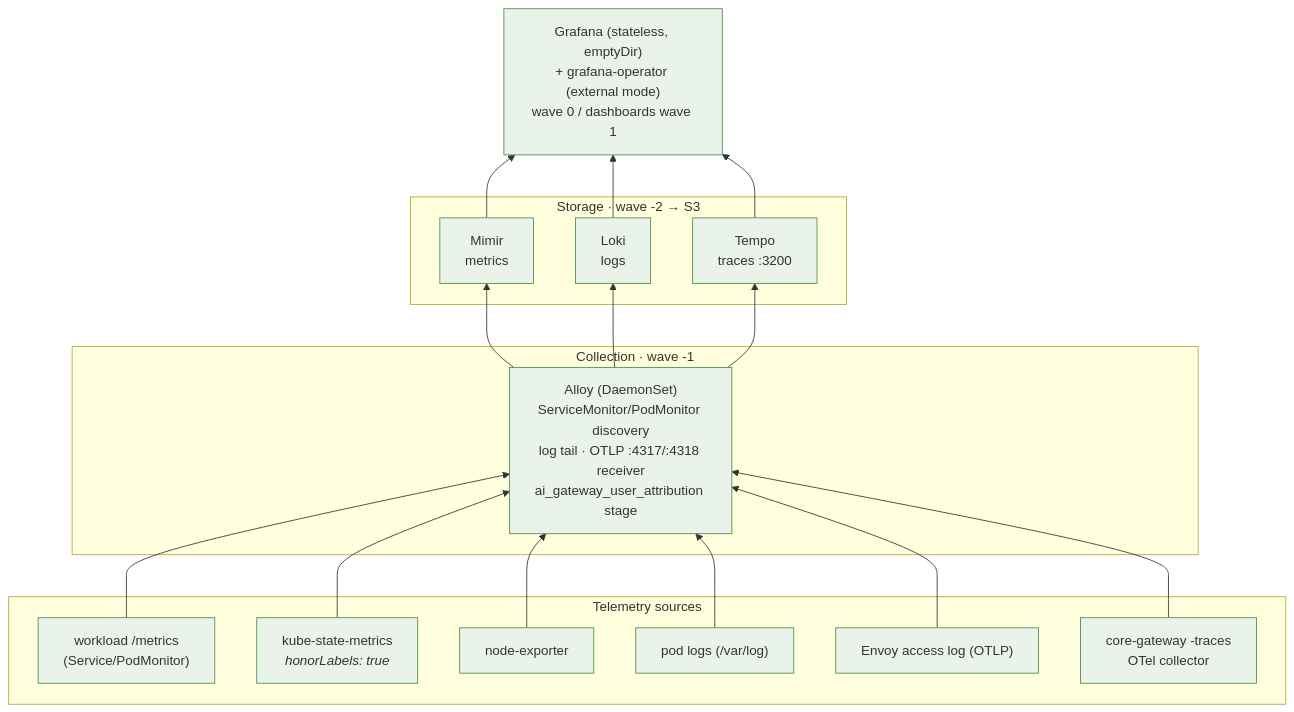
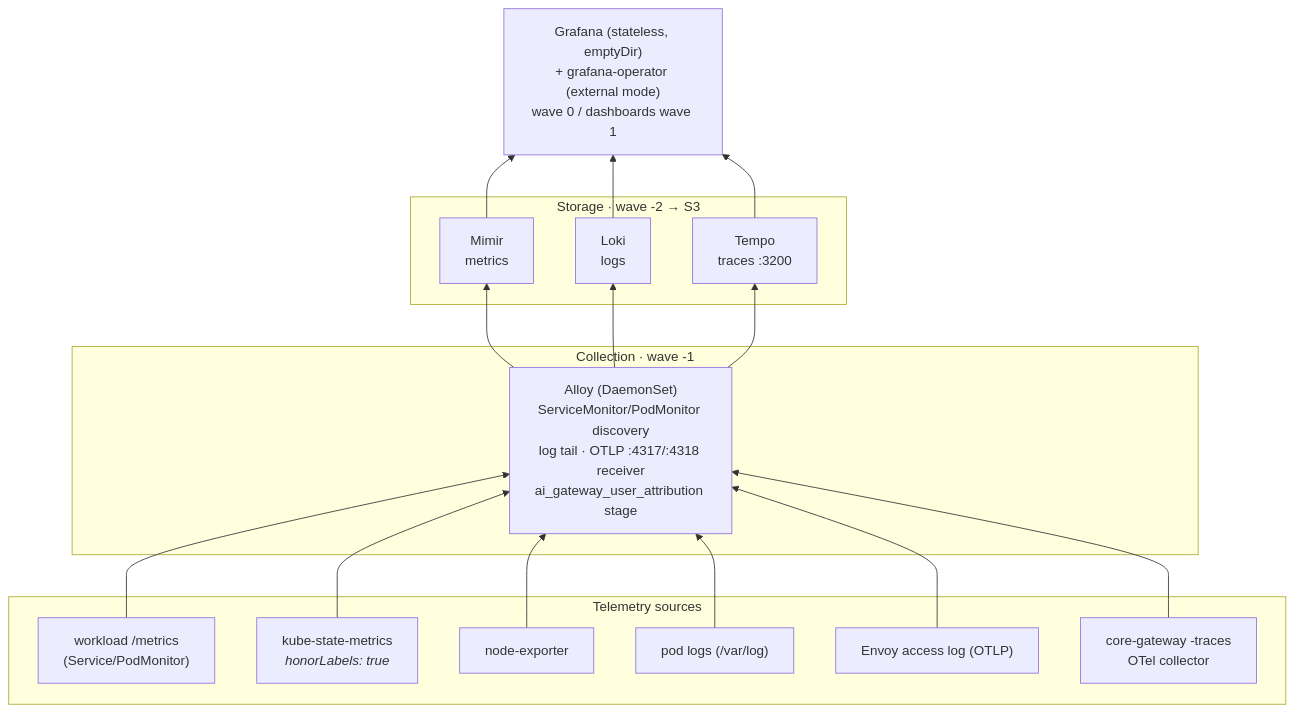
One commit to ADORSYS-GIS/ai-helm changed the first of 4 diagrams in docs/architecture/08-observability.md. Above: the diagram before and after it, drawn with Mermaid. The commit also changed other lines of this file and 13 other files, not shown here.

First line of the commit message:
docs(architecture): uncolor all mermaid; refresh CD/components; add diagrams

````diff
--- a/docs/architecture/08-observability.md
+++ b/docs/architecture/08-observability.md
@@ -15,38 +15,37 @@
 ```mermaid
 flowchart BT
     subgraph sources["Telemetry sources"]
-        WL["workload /metrics<br/>(Service/PodMonitor)"]:::own
-        KSM["kube-state-metrics<br/><i>honorLabels: true</i>"]:::own
-        NE["node-exporter"]:::own
-        LOGS["pod logs (/var/log)"]:::own
-        GWLOG["Envoy access log (OTLP)"]:::own
-        TRACE["core-gateway -traces<br/>OTel collector"]:::own
+        WL["workload /metrics<br/>(Service/PodMonitor)"]
+        KSM["kube-state-metrics<br/><i>honorLabels: true</i>"]
+        NE["node-exporter"]
+        LOGS["pod logs (/var/log)"]
+        GWLOG["Envoy access log (OTLP)"]
+        TRACE["core-gateway -traces<br/>OTel collector"]
     end
 
     subgraph collect["Collection · wave -1"]
-        ALLOY["Alloy (DaemonSet)<br/>ServiceMonitor/PodMonitor discovery<br/>log tail · OTLP :4317/:4318 receiver<br/>ai_gateway_user_attribution stage"]:::own
+        ALLOY["Alloy (DaemonSet)<br/>ServiceMonitor/PodMonitor discovery<br/>log tail · OTLP :4317/:4318 receiver<br/>ai_gateway_user_attribution stage"]
     end
 
     subgraph store["Storage · wave -2 → S3"]
-        MIMIR["Mimir<br/>metrics"]:::own
-        LOKI["Loki<br/>logs"]:::own
-        TEMPO["Tempo<br/>traces :3200"]:::own
+        MIMIR["Mimir<br/>metrics"]
+        LOKI["Loki<br/>logs"]
+        TEMPO["Tempo<br/>traces :3200"]
     end
 
-    GRAF["Grafana (stateless, emptyDir)<br/>+ grafana-operator (external mode)<br/>wave 0 / dashboards wave 1"]:::own
+    GRAF["Grafana (stateless, emptyDir)<br/>+ grafana-operator (external mode)<br/>wave 0 / dashboards wave 1"]
 
     WL --> ALLOY
     KSM --> ALLOY
     NE --> ALLOY
     LOGS --> ALLOY
     GWLOG --> ALLOY
     TRACE --> ALLOY
     ALLOY --> MIMIR
     ALLOY --> LOKI
     ALLOY --> TEMPO
     MIMIR --> GRAF
     LOKI --> GRAF
     TEMPO --> GRAF
 
-    classDef own fill:#eaf3ea,stroke:#4a8a4a;
 ```
````
